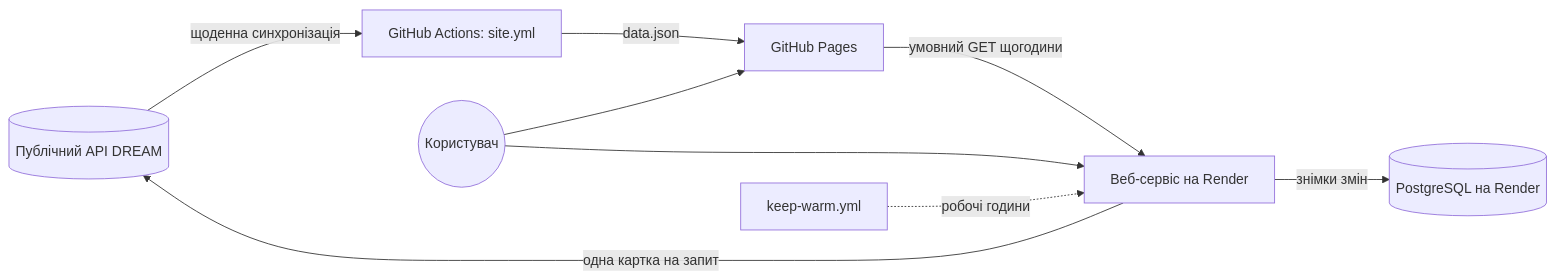
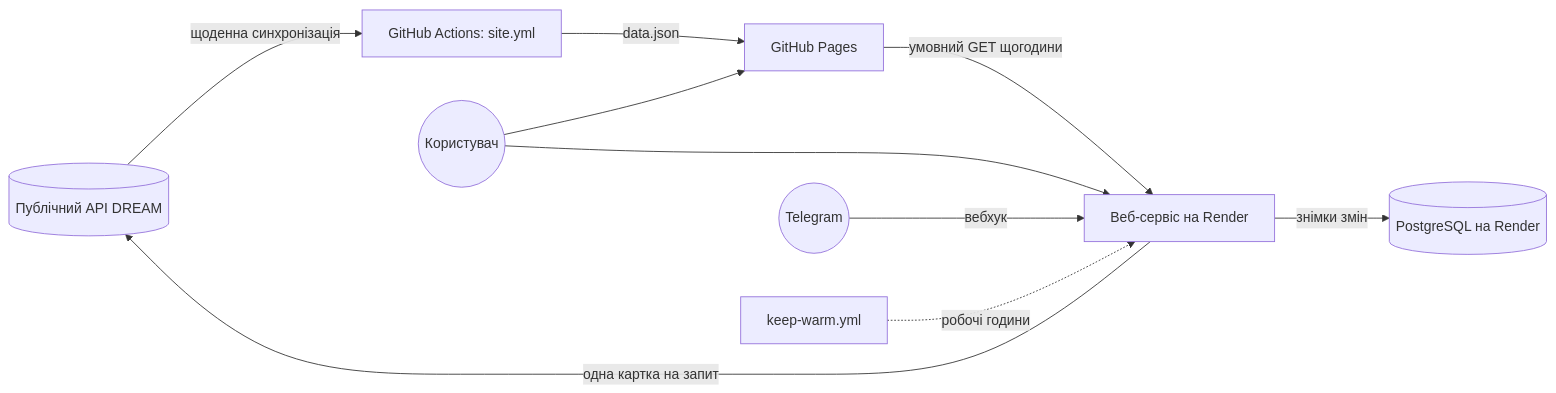
The diagram in README.md (maksym-garkusha/dream-povnota), drawn with Mermaid before and after one commit. The commit also changed other lines of this file and 2 other files, not shown here.

Commit message:
Describe the Telegram bot and declare its variables in render.yaml

````diff
--- a/README.md
+++ b/README.md
@@ -189,11 +190,12 @@
 ```mermaid
 flowchart LR
   DREAM[(Публічний API DREAM)] -- щоденна синхронізація --> GA[GitHub Actions: site.yml]
   GA -- data.json --> Pages[GitHub Pages]
   Pages -- умовний GET щогодини --> Web[Веб-сервіс на Render]
   Web -- знімки змін --> PG[(PostgreSQL на Render)]
   User((Користувач)) --> Web
   User --> Pages
   Web -- одна картка на запит --> DREAM
+  TG((Telegram)) -- вебхук --> Web
   KW[keep-warm.yml] -. робочі години .-> Web
 ```
````
